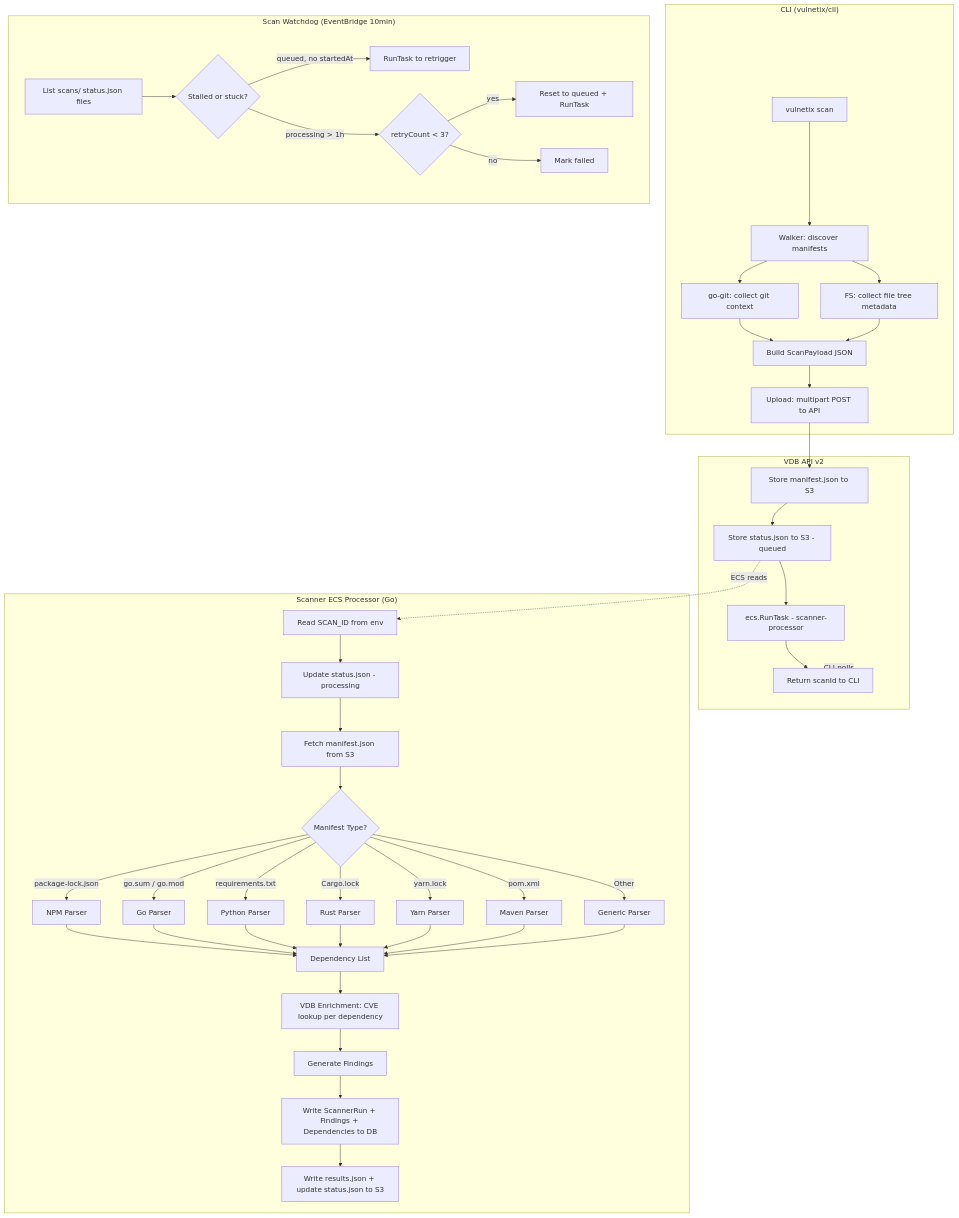
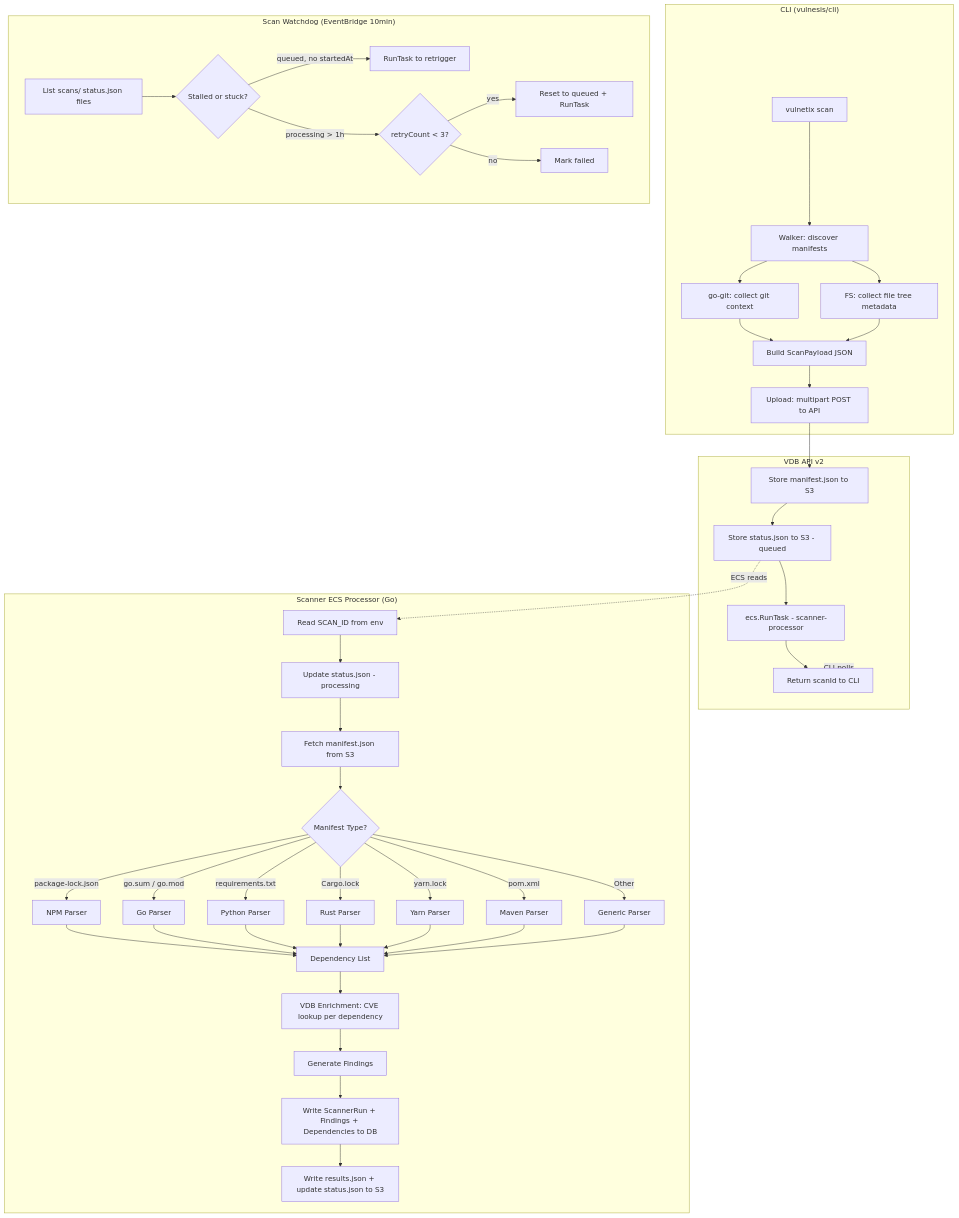
One commit to Vulnetix/cli changed the second of 2 diagrams in docs/scanner-ecs-architecture.md. Above: the diagram before and after it, drawn with Mermaid. The commit also changed other lines of this file and 77 other files, not shown here.

First line of the commit message:
feat: run-time brand switch (default Vulnetix) and Vulnesis docs (#352)

````diff
--- a/docs/scanner-ecs-architecture.md
+++ b/docs/scanner-ecs-architecture.md
@@ -63,47 +63,47 @@
 ```mermaid
 flowchart TD
-    subgraph CLI["CLI (vulnetix/cli)"]
+    subgraph CLI["CLI (vulnesis/cli)"]
         A[vulnetix scan] --> B[Walker: discover manifests]
         B --> C[go-git: collect git context]
         B --> D[FS: collect file tree metadata]
         C --> E[Build ScanPayload JSON]
         D --> E
         E --> F[Upload: multipart POST to API]
     end
 
     subgraph API["VDB API v2"]
         F --> G[Store manifest.json to S3]
         G --> G2[Store status.json to S3 - queued]
         G2 --> I[ecs.RunTask - scanner-processor]
         I --> J[Return scanId to CLI]
     end
 
     subgraph ECS["Scanner ECS Processor (Go)"]
         K[Read SCAN_ID from env] --> K2[Update status.json - processing]
         K2 --> M[Fetch manifest.json from S3]
         M --> N{Manifest Type?}
         N -->|package-lock.json| P1[NPM Parser]
         N -->|go.sum / go.mod| P2[Go Parser]
         N -->|requirements.txt| P3[Python Parser]
         N -->|Cargo.lock| P4[Rust Parser]
         N -->|yarn.lock| P5[Yarn Parser]
         N -->|pom.xml| P6[Maven Parser]
         N -->|Other| P7[Generic Parser]
         P1 & P2 & P3 & P4 & P5 & P6 & P7 --> Q[Dependency List]
         Q --> R[VDB Enrichment: CVE lookup per dependency]
         R --> S[Generate Findings]
         S --> T[Write ScannerRun + Findings + Dependencies to DB]
         T --> U[Write results.json + update status.json to S3]
     end
 
     subgraph Watchdog["Scan Watchdog (EventBridge 10min)"]
         W1[List scans/ status.json files] --> W2{Stalled or stuck?}
         W2 -->|queued, no startedAt| W3[RunTask to retrigger]
         W2 -->|processing > 1h| W4{retryCount < 3?}
         W4 -->|yes| W5[Reset to queued + RunTask]
         W4 -->|no| W6[Mark failed]
     end
 
     J -.->|CLI polls| API
     G2 -.->|ECS reads| K
 ```
````
